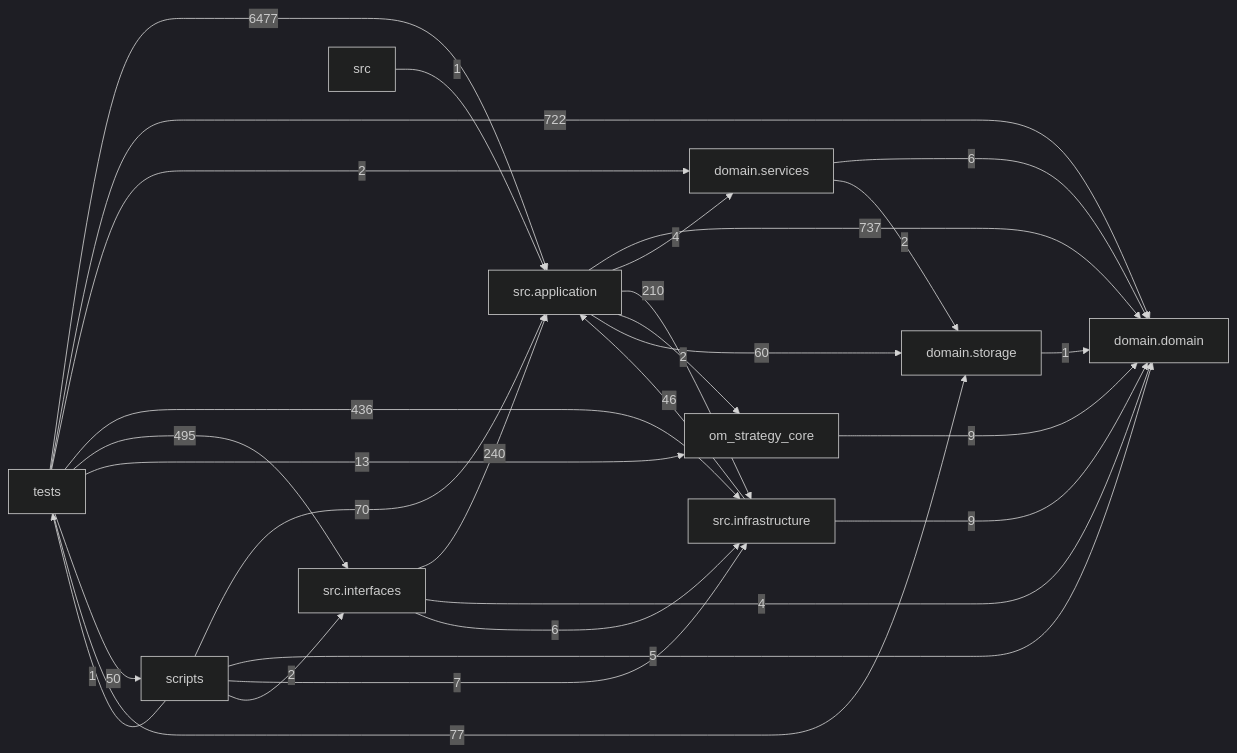
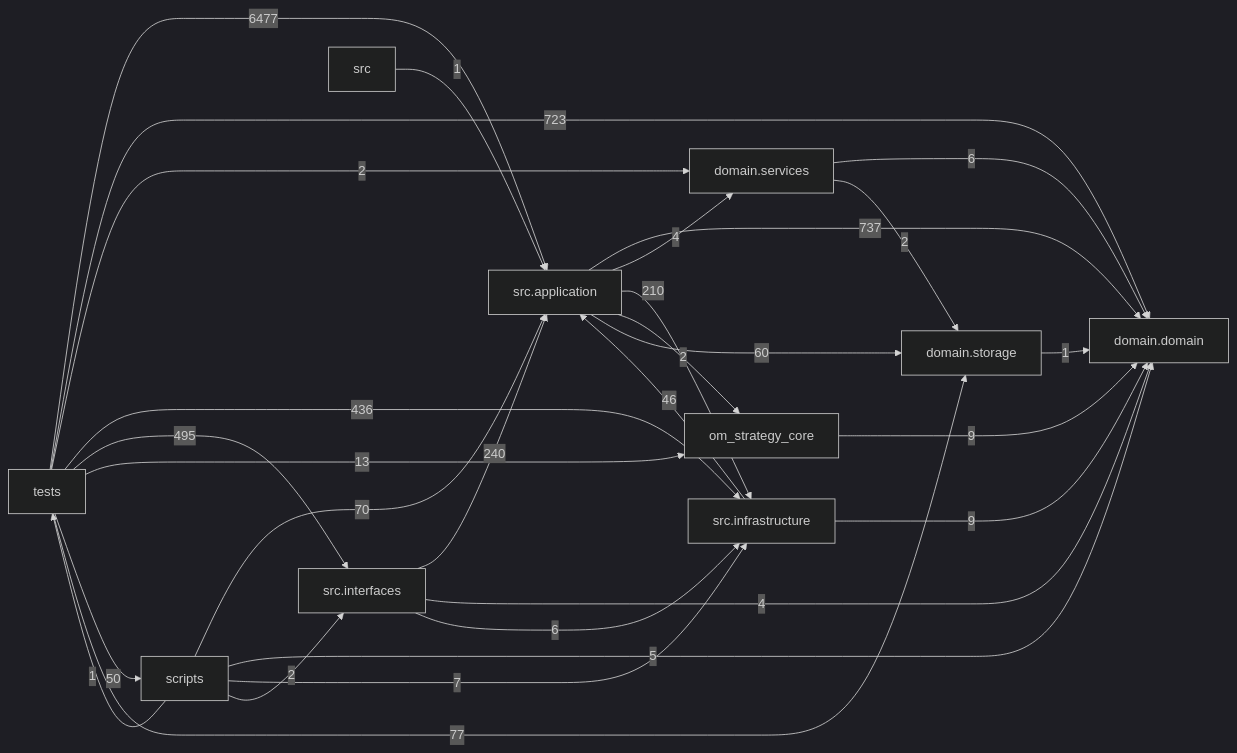
The diagram in docs/DEPENDENCY_GRAPH.md (liuxie066/options-monitor), drawn with Mermaid (dark theme) before and after one commit. The commit also changed other lines of this file and 14 other files, not shown here.

````diff
--- a/docs/DEPENDENCY_GRAPH.md
+++ b/docs/DEPENDENCY_GRAPH.md
@@ -24,39 +24,39 @@
 ```mermaid
 flowchart LR
   tests["tests"]
   scripts["scripts"]
   interfaces["src.interfaces"]
   application["src.application"]
   infrastructure["src.infrastructure"]
   domain_services["domain.services"]
   domain["domain.domain"]
   storage["domain.storage"]
   application -->|737| domain
   application -->|4| domain_services
   application -->|210| infrastructure
   application -->|2| om_strategy_core
   application -->|60| storage
   domain_services -->|6| domain
   domain_services -->|2| storage
   infrastructure -->|46| application
   infrastructure -->|9| domain
   interfaces -->|240| application
   interfaces -->|4| domain
   interfaces -->|6| infrastructure
   om_strategy_core -->|9| domain
   scripts -->|70| application
   scripts -->|5| domain
   scripts -->|7| infrastructure
   scripts -->|2| interfaces
   scripts -->|1| tests
   src -->|1| application
   storage -->|1| domain
   tests -->|6477| application
-  tests -->|722| domain
+  tests -->|723| domain
   tests -->|2| domain_services
   tests -->|436| infrastructure
   tests -->|495| interfaces
   tests -->|13| om_strategy_core
   tests -->|50| scripts
   tests -->|77| storage
 ```
````
